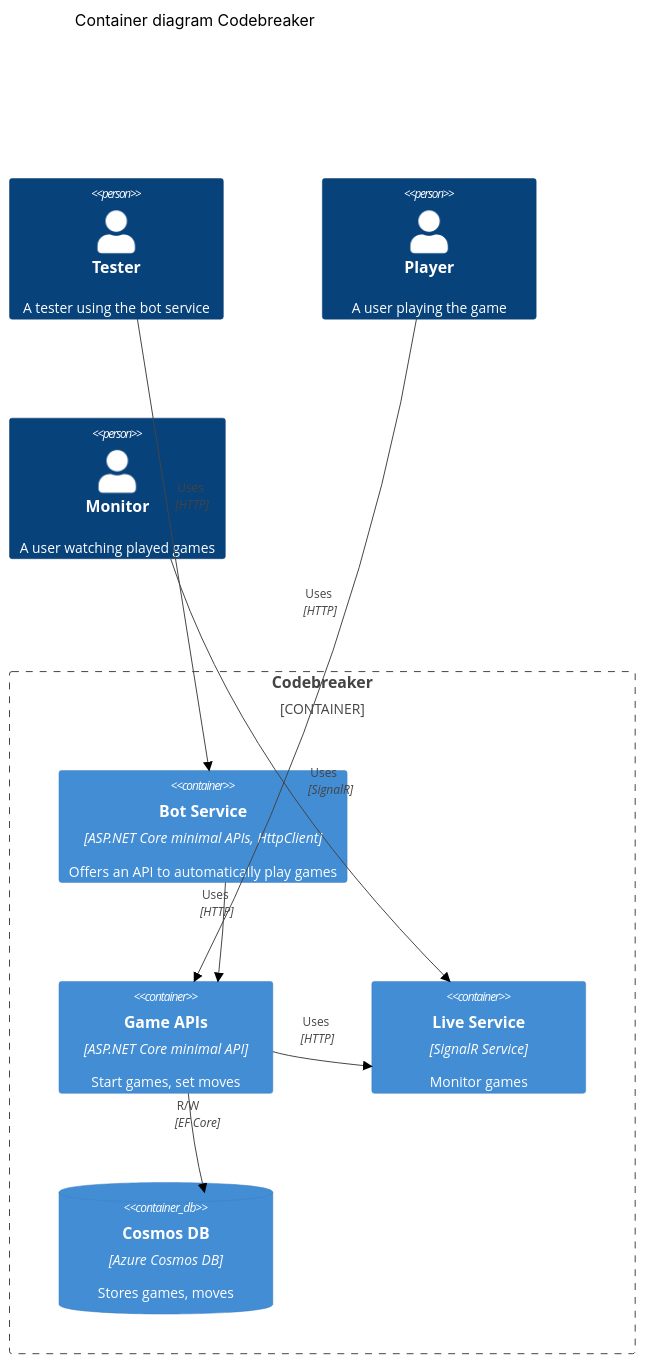
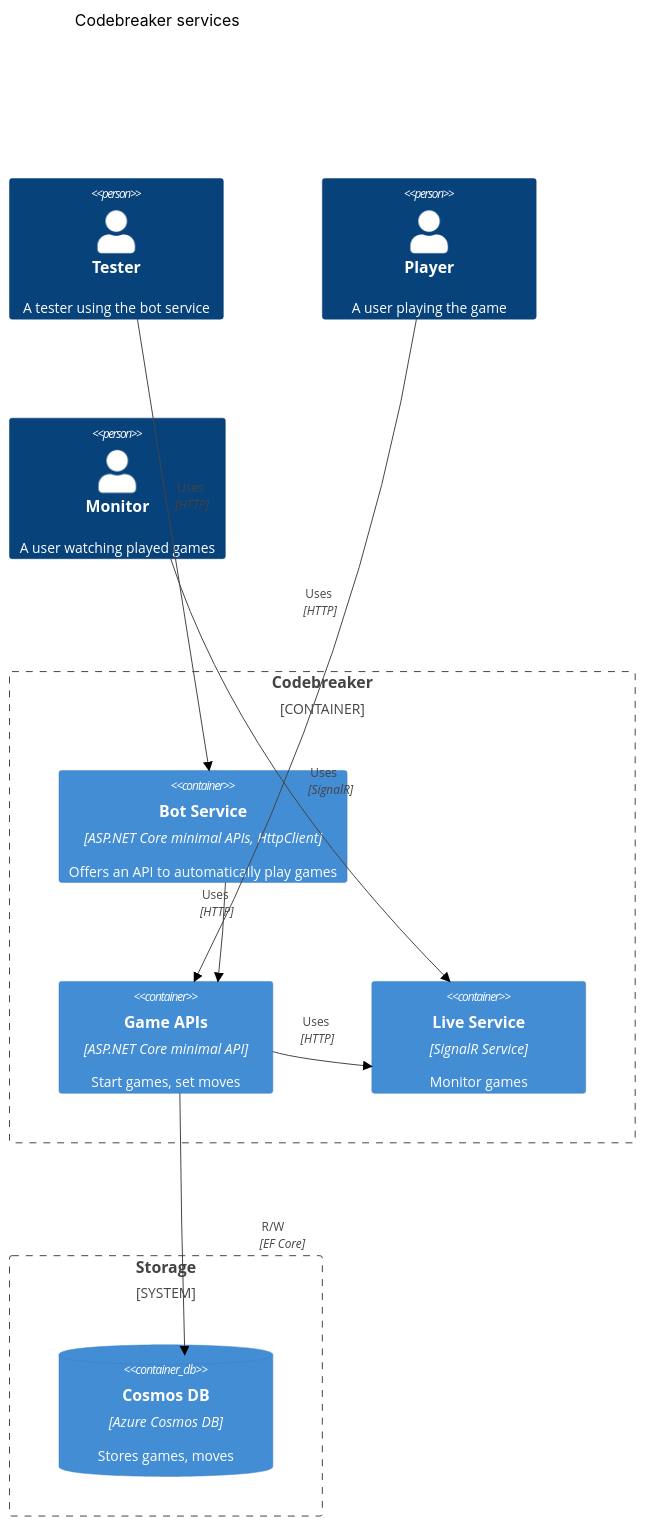
The diagram in ch13/containerdiagram.md (PacktPublishing/Pragmatic-Microservices-with-CSharp-and-Azure), drawn with Mermaid (forest theme) before and after one commit. The commit also changed other lines of this file, not shown here.

Commit message:
Update containerdiagram.md layout

````diff
--- a/ch13/containerdiagram.md
+++ b/ch13/containerdiagram.md
@@ -5,33 +5,38 @@
 ```mermaid
-C4Container
-    title Container diagram Codebreaker
+C4Context
+    title Codebreaker services
 
     Person(tester, "Tester" "A tester using the bot service")
     Person(player, "Player", "A user playing the game")
     Person(monitor, "Monitor", "A user watching played games")
 
     Container_Boundary(c1, "Codebreaker") {
         Container(codebreaker.bot, "Bot Service", "ASP.NET Core minimal APIs, HttpClient", "Offers an API to automatically play games")
         Container(codebreaker.gameapis, "Game APIs", "ASP.NET Core minimal API", "Start games, set moves")
         Container(codebreaker.live, "Live Service", "SignalR Service", "Monitor games")
+    }
+
+    System_Boundary(c2, "Storage") {
         ContainerDb(codebreaker.cosmos, "Cosmos DB", "Azure Cosmos DB", "Stores games, moves")
     }
 
     Rel(tester, codebreaker.bot, "Uses", "HTTP")
     UpdateRelStyle(tester, codebreaker.bot, $offsetX="4" $offsetY="-60")
 
     Rel(player, codebreaker.gameapis, "Uses", "HTTP")
     UpdateRelStyle(player, codebreaker.gameapis, $offsetY="-60")
 
     Rel(monitor, codebreaker.live, "Uses", "SignalR")
     UpdateRelStyle(monitor, codebreaker.live, $offxsetY="-90")
 
     Rel(codebreaker.bot, codebreaker.gameapis, "Uses", "HTTP")
     UpdateRelStyle(codebreaker.bot, codebreaker.gameapis, $offsetX="-20" $offsetY="-40")
 
     Rel(codebreaker.gameapis, codebreaker.live, "Uses", "HTTP")
     UpdateRelStyle(codebreaker.gameapis, codebreaker.live, $offsetX="-20" $offsetY="-40")
 
     Rel(codebreaker.gameapis, codebreaker.cosmos, "R/W", "EF Core")
-    UpdateRelStyle(codebreaker.gameapis, codebreaker.cosmos, $offsetX="-20" $offsetY="-40")
+    UpdateRelStyle(codebreaker.gameapis, codebreaker.cosmos, $offsetX="80" $offsetY="0")
+
+      UpdateLayoutConfig($c4ShapeInRow="3", $c4BoundaryInRow="1")
 ```
````
